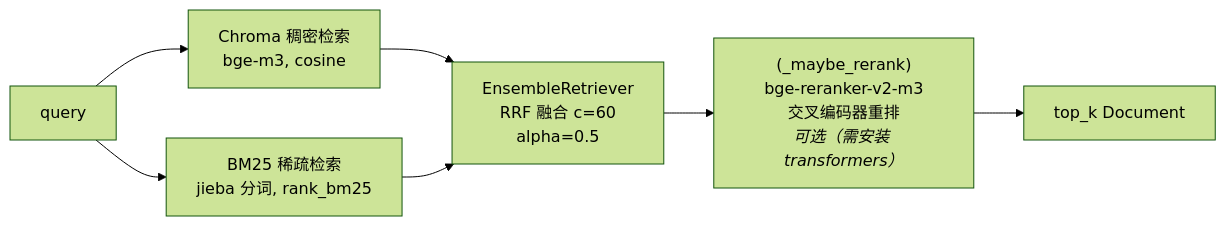
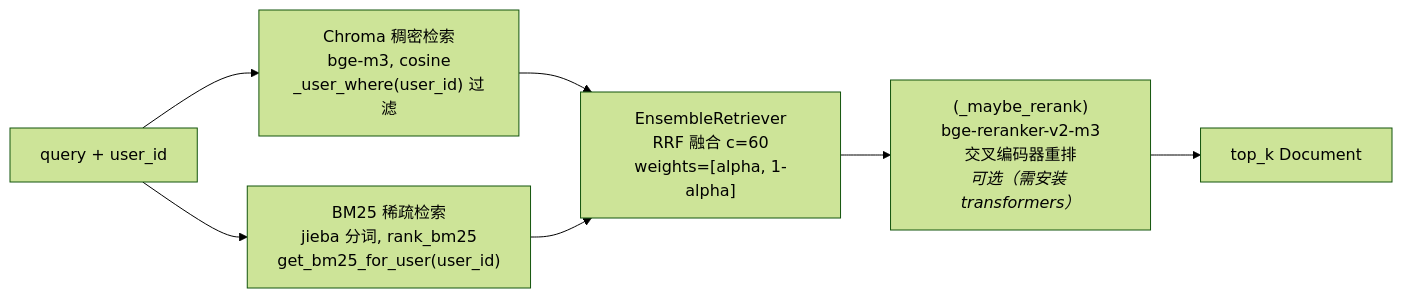
One commit to zqc1661586344/zz-demand-system changed the fourth of 6 diagrams in docs/RAG.md. Above: the diagram before and after it, drawn with Mermaid (forest theme). The commit also changed other lines of this file and 10 other files, not shown here.

````diff
--- a/docs/RAG.md
+++ b/docs/RAG.md
@@ -211,16 +312,16 @@
 ```mermaid
 flowchart LR
-    Query_Q["query"]
-    Chroma["Chroma 稠密检索<br/>bge-m3, cosine"]
-    BM25["BM25 稀疏检索<br/>jieba 分词, rank_bm25"]
-    Ensemble["EnsembleRetriever<br/>RRF 融合 c=60<br/>alpha=0.5"]
+    Query_Q["query + user_id"]
+    Chroma["Chroma 稠密检索<br/>bge-m3, cosine<br/>_user_where(user_id) 过滤"]
+    BM25["BM25 稀疏检索<br/>jieba 分词, rank_bm25<br/>get_bm25_for_user(user_id)"]
+    Ensemble["EnsembleRetriever<br/>RRF 融合 c=60<br/>weights=[alpha, 1-alpha]"]
     Rerank["(_maybe_rerank)<br/>bge-reranker-v2-m3<br/>交叉编码器重排<br/><i>可选（需安装 transformers）"]
     Result["top_k Document"]
 
     Query_Q --> Chroma
     Query_Q --> BM25
     Chroma --> Ensemble
     BM25 --> Ensemble
     Ensemble --> Rerank
     Rerank --> Result
 ```
````
